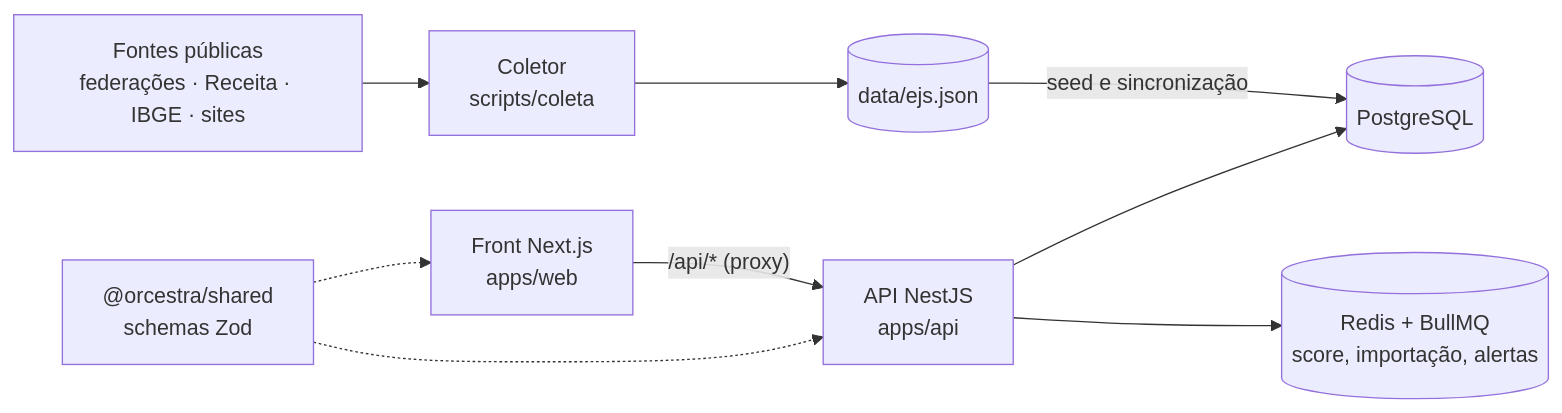
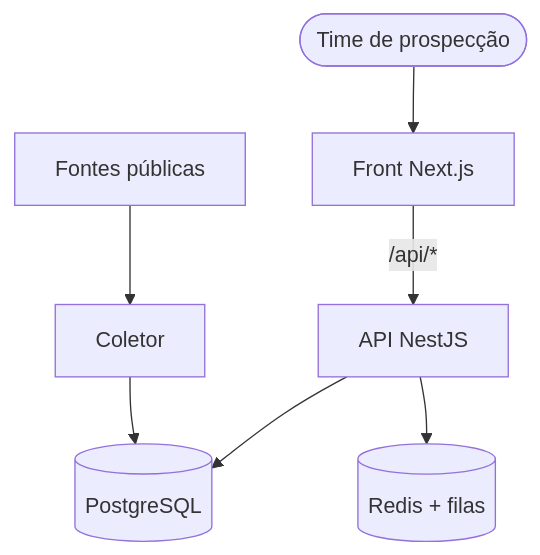
Before and after one commit to VinyCrz/orcestra-prospect: the diagram in README.md, drawn with Mermaid.

Commit message:
README: diagrama mais simples (o anterior ficava cortado no GitHub)

````diff
--- a/README.md
+++ b/README.md
@@ -89,11 +89,9 @@
 ```mermaid
-flowchart LR
-  F["Fontes públicas<br/>federações · Receita · IBGE · sites"] --> C["Coletor<br/>scripts/coleta"]
-  C --> D[("data/ejs.json")]
-  D -->|seed e sincronização| DB[("PostgreSQL")]
-  W["Front Next.js<br/>apps/web"] -->|"/api/* (proxy)"| A["API NestJS<br/>apps/api"]
+flowchart TB
+  F["Fontes públicas"] --> C["Coletor"]
+  C --> DB[("PostgreSQL")]
+  U(["Time de prospecção"]) --> W["Front Next.js"]
+  W -->|"/api/*"| A["API NestJS"]
   A --> DB
-  A --> R[("Redis + BullMQ<br/>score, importação, alertas")]
-  S["@orcestra/shared<br/>schemas Zod"] -.-> W
-  S -.-> A
+  A --> R[("Redis + filas")]
 ```
````
